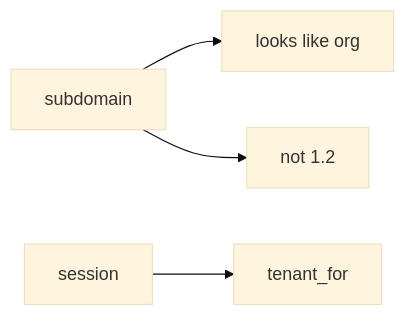
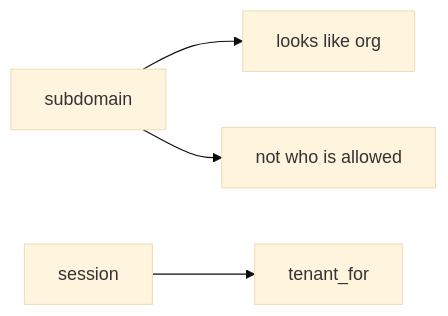
The second of 2 diagrams in content/modules/e/E5/lessons/02-model.md (ishitvagoel/LearnSecurity), drawn with Mermaid (base theme) before and after one commit. The commit also changed other lines of this file and 55 other files, not shown here.

````diff
--- a/content/modules/e/E5/lessons/02-model.md
+++ b/content/modules/e/E5/lessons/02-model.md
@@ -26,6 +25,6 @@
 ```mermaid
 flowchart LR
   Host[subdomain] --> Claim[looks like org]
   Bind[session] --> TCB[tenant_for]
-  Host --> NotBind["not 1.2"]
+  Host --> NotBind["not who is allowed"]
 ```
````
